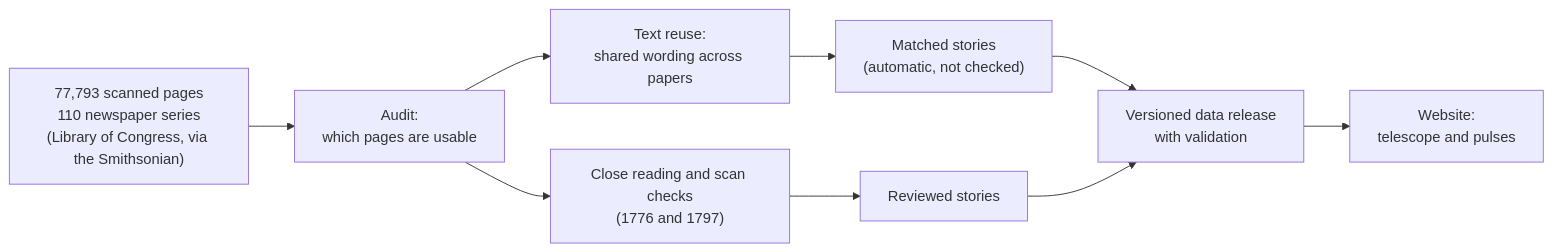
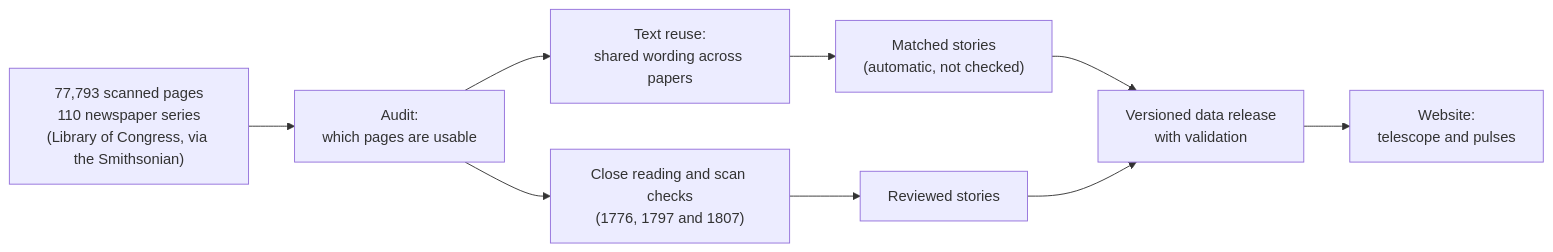
The diagram in README.md (Major-Studio-1/Project-02-newspaper-night-sky), drawn with Mermaid before and after one commit. The commit also changed other lines of this file and 359 other files, not shown here.

````diff
--- a/README.md
+++ b/README.md
@@ -39,10 +39,10 @@
 ```mermaid
 flowchart LR
   A["77,793 scanned pages<br/>110 newspaper series<br/>(Library of Congress, via the Smithsonian)"] --> B["Audit:<br/>which pages are usable"]
   B --> C["Text reuse:<br/>shared wording across papers"]
   C --> D["Matched stories<br/>(automatic, not checked)"]
-  B --> E["Close reading and scan checks<br/>(1776 and 1797)"]
+  B --> E["Close reading and scan checks<br/>(1776, 1797 and 1807)"]
   E --> F["Reviewed stories"]
   D & F --> G["Versioned data release<br/>with validation"]
   G --> H["Website:<br/>telescope and pulses"]
 ```
````
